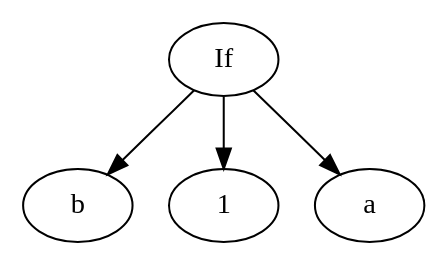
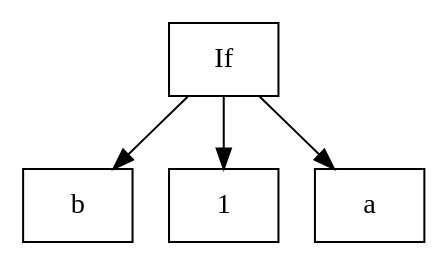
Before and after one commit to chathamabate/youtube-misc: the diagram in boolreduce/graphs/reduce0.gv, drawn with Graphviz. The commit also changed 17 other files, not shown here.

```diff
--- a/boolreduce/graphs/reduce0.gv
+++ b/boolreduce/graphs/reduce0.gv
@@ -1,11 +1,13 @@
 
 // Eval 6
 digraph G {
+    node [shape = "box"]
+
     n0 [label="If"];
     n0 -> n1;
     n1 [label="b"];
     n0 -> n2;
     n2 [label="1"];
     n0 -> n3;
     n3 [label="a"];
 }
```
